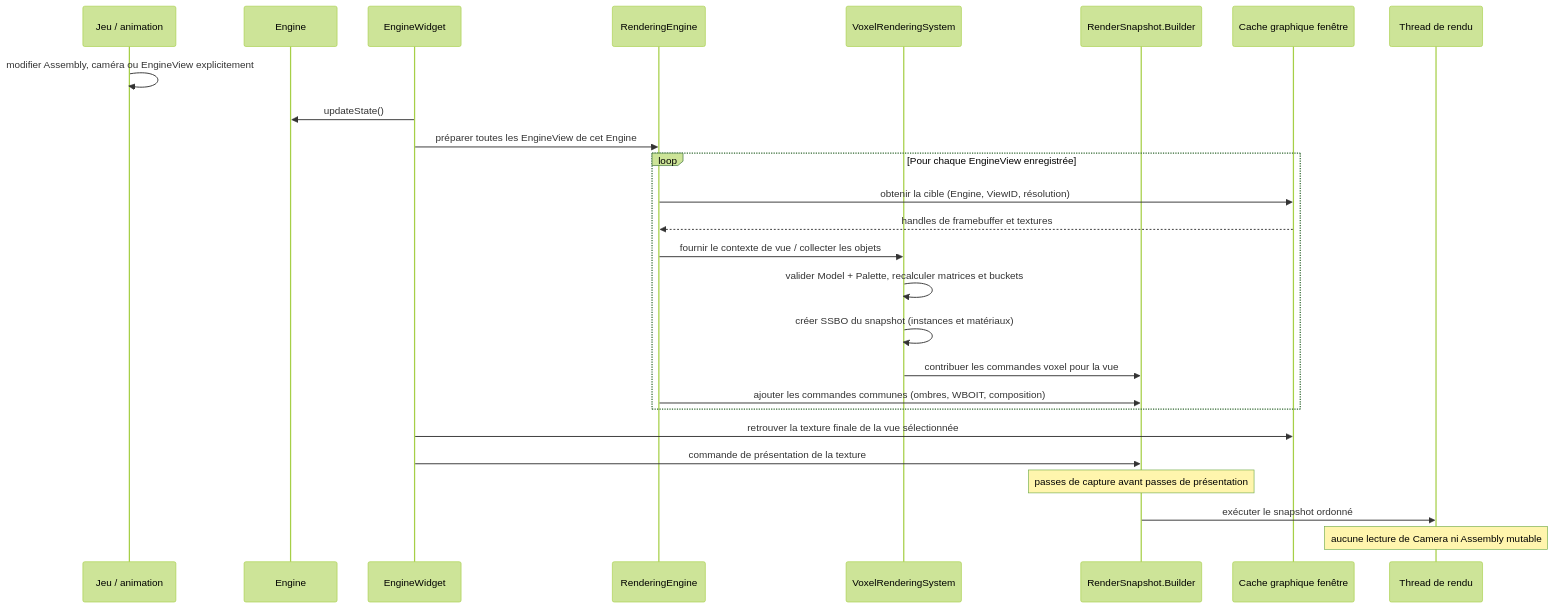
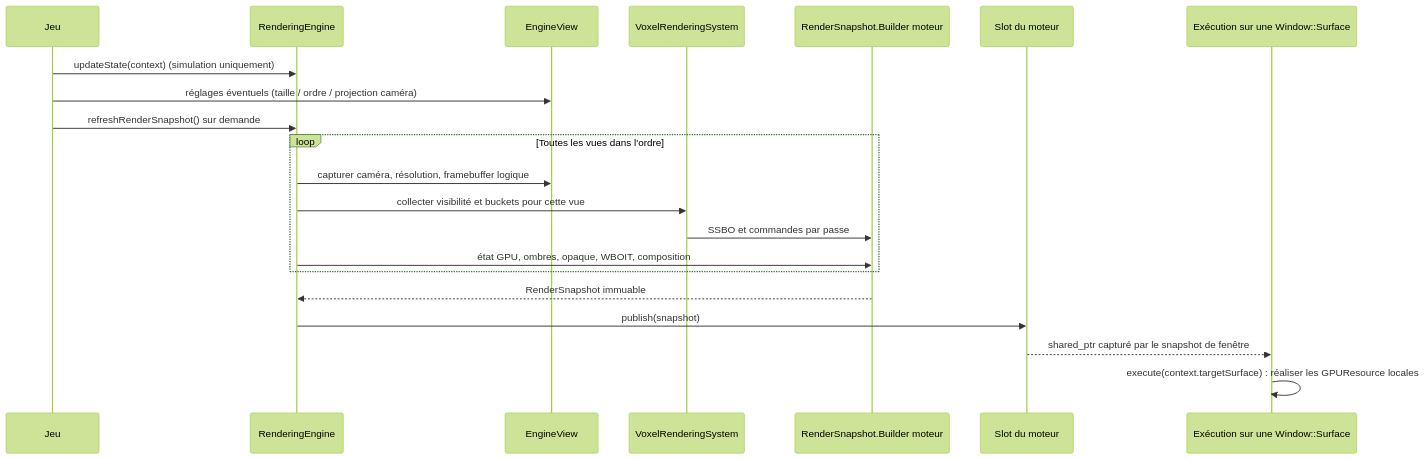
The ninth of 10 diagrams in docs/voxel-engine-v0.1.4-specification.md (EreliaStudio/Sparkle), drawn with Mermaid (forest theme) before and after one commit. The commit also changed other lines of this file, not shown here.

Commit message:
docs(v0.1.4): reconcile rendering inheritance, view lifetimes, multiwindow rendering and snapshot sequences

````diff
--- a/docs/voxel-engine-v0.1.4-specification.md
+++ b/docs/voxel-engine-v0.1.4-specification.md
@@ -717,28 +743,23 @@
 ```mermaid
 sequenceDiagram
-  participant Game as Jeu / animation
-  participant Engine as Engine
-  participant Widget as EngineWidget
-  participant Render as RenderingEngine
-  participant System as VoxelRenderingSystem
-  participant Builder as RenderSnapshot.Builder
-  participant Cache as Cache graphique fenêtre
-  participant GPU as Thread de rendu
-  Game->>Game: modifier Assembly, caméra ou EngineView explicitement
-  Widget->>Engine: updateState()
-  Widget->>Render: préparer toutes les EngineView de cet Engine
-  loop Pour chaque EngineView enregistrée
-    Render->>Cache: obtenir la cible (Engine, ViewID, résolution)
-    Cache-->>Render: handles de framebuffer et textures
-    Render->>System: fournir le contexte de vue / collecter les objets
-    System->>System: valider Model + Palette, recalculer matrices et buckets
-    System->>System: créer SSBO du snapshot (instances et matériaux)
-    System->>Builder: contribuer les commandes voxel pour la vue
-    Render->>Builder: ajouter les commandes communes (ombres, WBOIT, composition)
+  participant Game as Jeu
+  participant Engine as RenderingEngine
+  participant View as EngineView
+  participant Voxel as VoxelRenderingSystem
+  participant Builder as RenderSnapshot.Builder moteur
+  participant Slot as Slot du moteur
+  participant GPU as Exécution sur une Window::Surface
+  Game->>Engine: updateState(context) (simulation uniquement)
+  Game->>View: réglages éventuels (taille / ordre / projection caméra)
+  Game->>Engine: refreshRenderSnapshot() sur demande
+  loop Toutes les vues dans l'ordre
+    Engine->>View: capturer caméra, résolution, framebuffer logique
+    Engine->>Voxel: collecter visibilité et buckets pour cette vue
+    Voxel->>Builder: SSBO et commandes par passe
+    Engine->>Builder: état GPU, ombres, opaque, WBOIT, composition
   end
-  Widget->>Cache: retrouver la texture finale de la vue sélectionnée
-  Widget->>Builder: commande de présentation de la texture
-  Note over Builder: passes de capture avant passes de présentation
-  Builder->>GPU: exécuter le snapshot ordonné
-  Note over GPU: aucune lecture de Camera ni Assembly mutable
+  Builder-->>Engine: RenderSnapshot immuable
+  Engine->>Slot: publish(snapshot)
+  Slot-->>GPU: shared_ptr capturé par le snapshot de fenêtre
+  GPU->>GPU: execute(context.targetSurface) : réaliser les GPUResource locales
 ```
````
